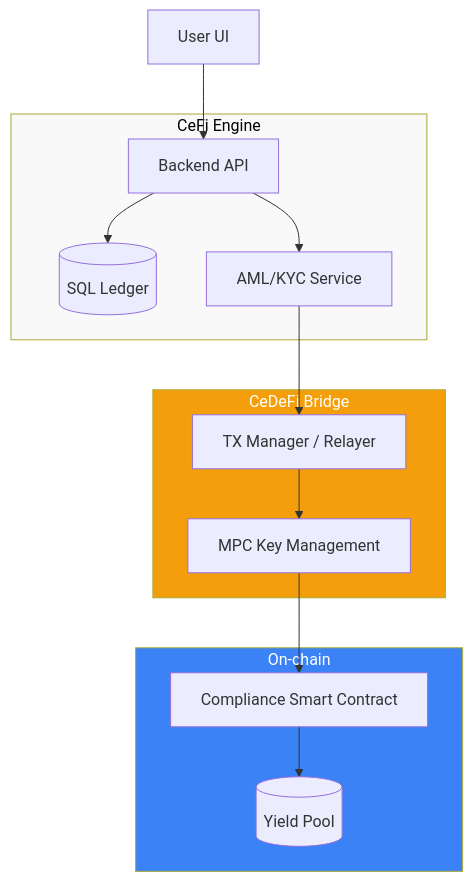
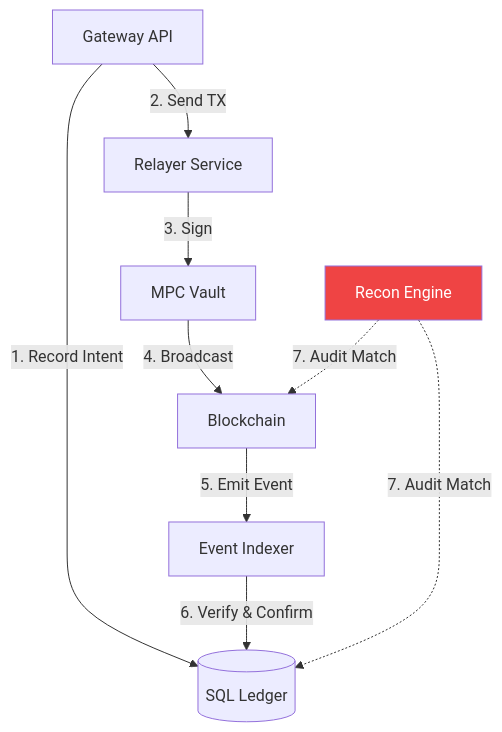
One commit to russiankendricklamar/LLM-Wiki changed the diagram in obsidian-vault/en/finance/defi/cedefi-gateway.md. Above: the diagram before and after it, drawn with Mermaid. The commit also changed other lines of this file and 23 other files, not shown here.

````diff
--- a/obsidian-vault/en/finance/defi/cedefi-gateway.md
+++ b/obsidian-vault/en/finance/defi/cedefi-gateway.md
@@ -41,22 +48,15 @@
 ```mermaid
 graph TD
-    User[User UI] --> API[Backend API]
-    subgraph Centralized_Core [CeFi Engine]
-        API --> DB[(SQL Ledger)]
-        API --> AML[AML/KYC Service]
-    end
+    API[Gateway API] -->|1. Record Intent| DB[(SQL Ledger)]
+    API -->|2. Send TX| Relayer[Relayer Service]
+    Relayer -->|3. Sign| MPC[MPC Vault]
+    MPC -->|4. Broadcast| BC[Blockchain]
     
-    subgraph Gateway_Layer [CeDeFi Bridge]
-        AML --> Relayer[TX Manager / Relayer]
-        Relayer --> MPC[MPC Key Management]
-    end
+    BC -->|5. Emit Event| Indexer[Event Indexer]
+    Indexer -->|6. Verify & Confirm| DB
     
-    subgraph Blockchain [On-chain]
-        MPC --> SC[Compliance Smart Contract]
-        SC --> Pool[(Yield Pool)]
-    end
+    Recon[Recon Engine] -.->|7. Audit Match| DB
+    Recon -.->|7. Audit Match| BC
     
-    style Centralized_Core fill:#f9f9f9,color:#000
-    style Gateway_Layer fill:#f59e0b,color:#fff
-    style Blockchain fill:#3b82f6,color:#fff
+    style Recon fill:#ef4444,color:#fff
 ```
````
